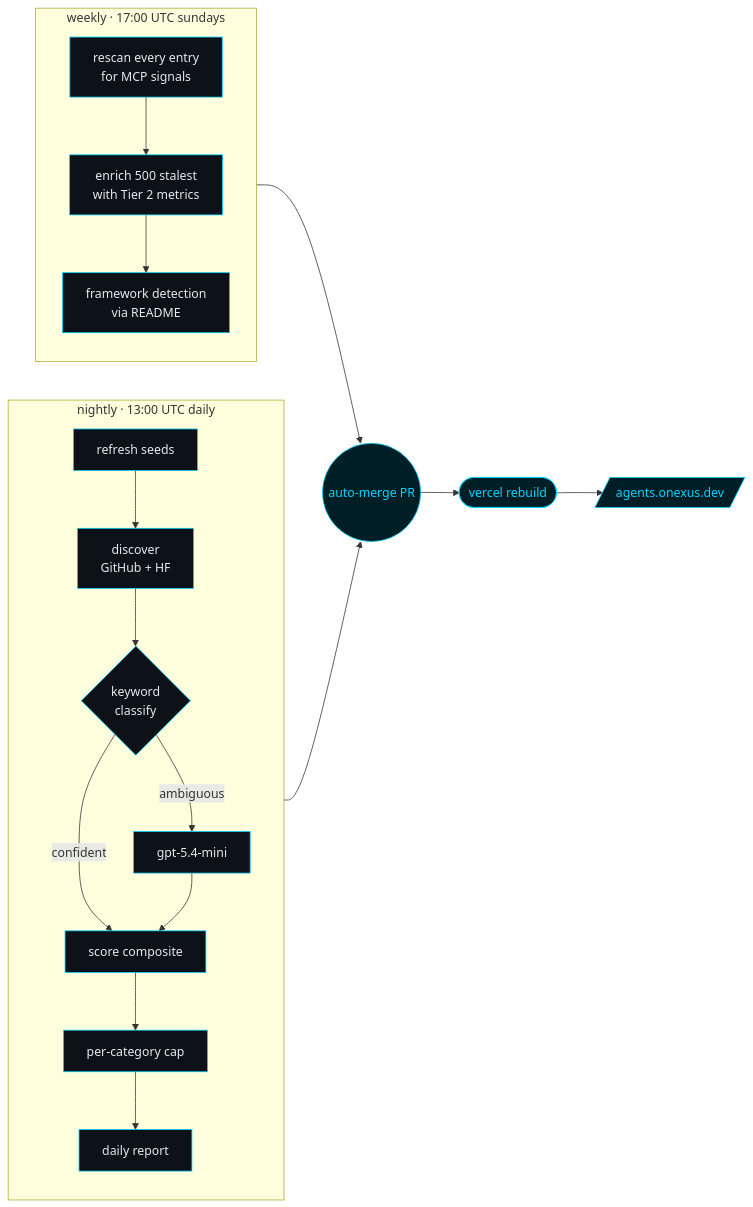
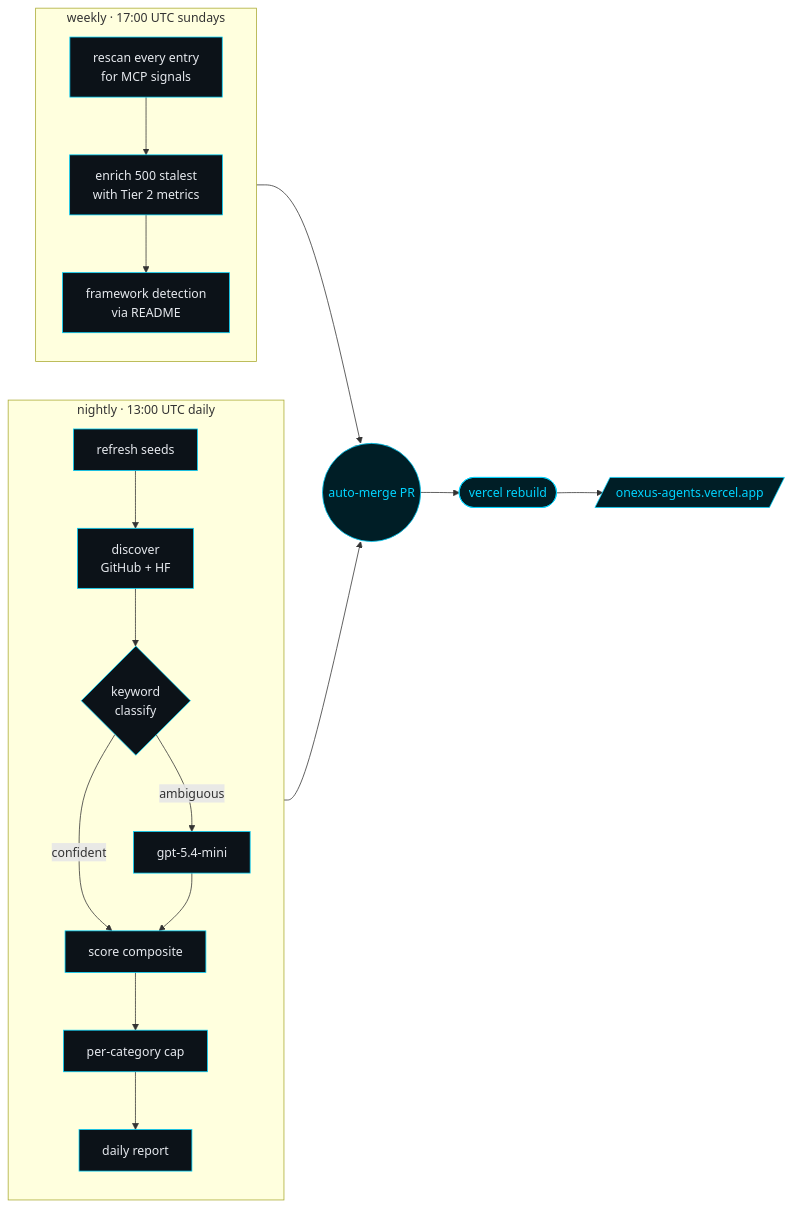
The diagram in README.md (AllStreets/ONEXUS-Agents), drawn with Mermaid before and after one commit. The commit also changed other lines of this file, not shown here.

First line of the commit message:
fix(readme): swap broken agents.onexus.dev for stable Vercel URL

````diff
--- a/README.md
+++ b/README.md
@@ -47,28 +47,28 @@
 ```mermaid
 flowchart LR
   classDef step fill:#0c1218,stroke:#00d4ff,stroke-width:1px,color:#e6e9ee
   classDef cron fill:#07090c,stroke:#6b7382,stroke-width:1px,color:#9aa3b1,font-size:11px
   classDef out  fill:#001e26,stroke:#00d4ff,stroke-width:1px,color:#00d4ff
 
   subgraph N["nightly · 13:00 UTC daily"]
     direction TB
     N1[refresh seeds]:::step --> N2[discover<br/>GitHub + HF]:::step
     N2 --> N3{keyword<br/>classify}:::step
     N3 -->|confident| N5[score composite]:::step
     N3 -->|ambiguous| N4[gpt-5.4-mini]:::step
     N4 --> N5
     N5 --> N6[per-category cap]:::step
     N6 --> N7[daily report]:::step
   end
 
   subgraph W["weekly · 17:00 UTC sundays"]
     direction TB
     W1[rescan every entry<br/>for MCP signals]:::step --> W2[enrich 500 stalest<br/>with Tier 2 metrics]:::step
     W2 --> W3[framework detection<br/>via README]:::step
   end
 
   N7 --> PR((auto-merge PR)):::out
   W3 --> PR
   PR --> V([vercel rebuild]):::out
-  V --> SITE[/agents.onexus.dev/]:::out
+  V --> SITE[/onexus-agents.vercel.app/]:::out
 ```
````
